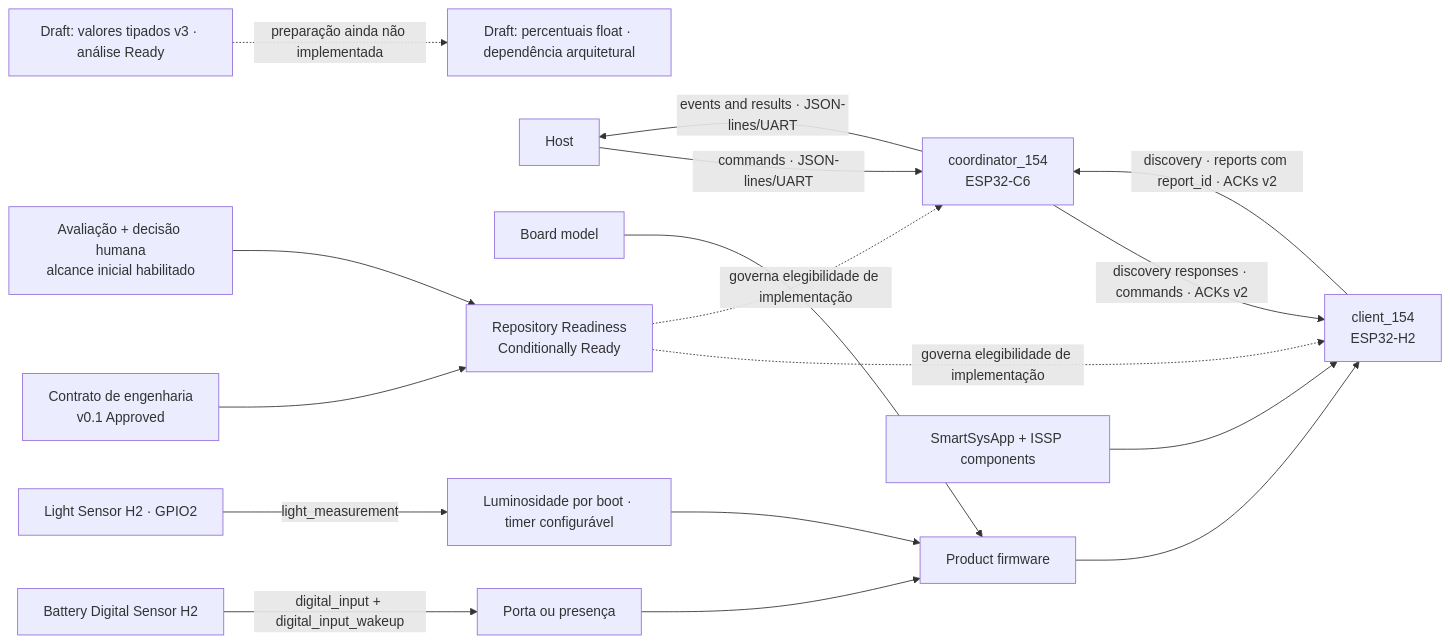
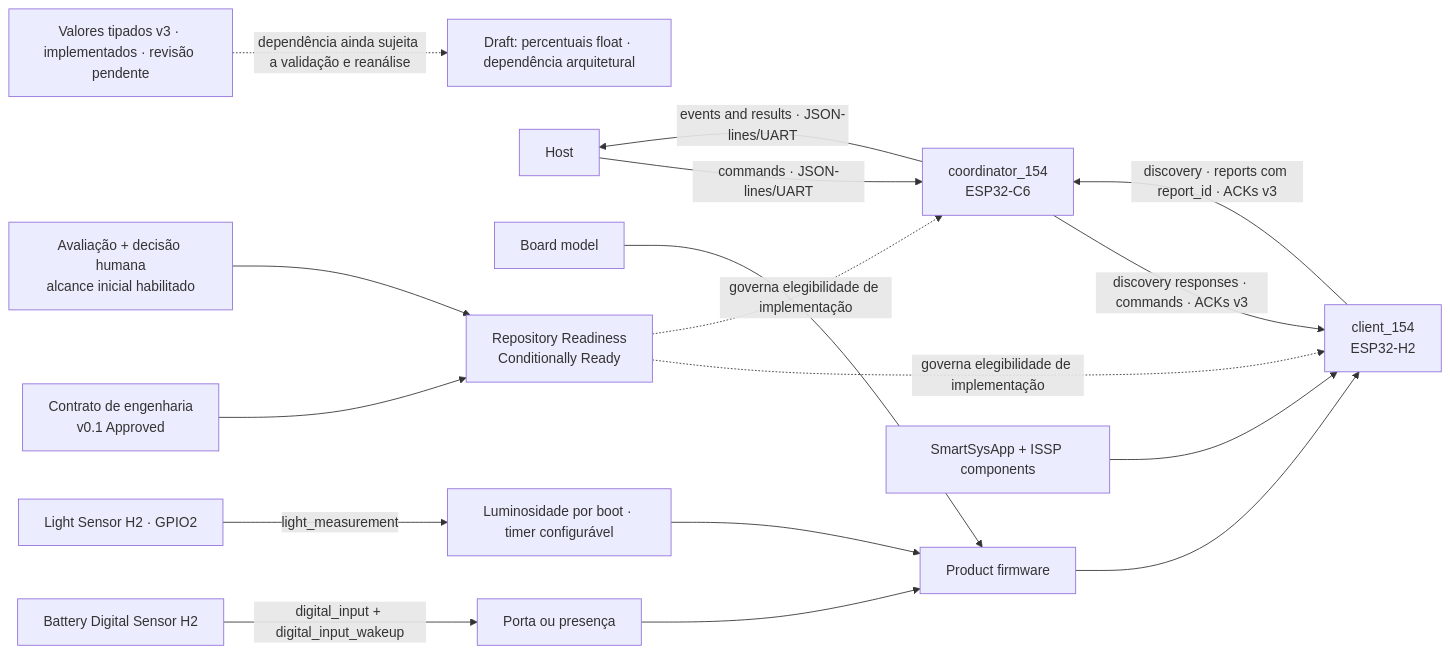
Before and after one commit to iotsmartsys/IoTSmartLink15.4: the diagram in docs/rfc/KNOWLEDGE-MAP.md, drawn with Mermaid. The commit also changed other lines of this file and 31 other files, not shown here.

Commit message:
feat: implement typed Int32 and Float32 ISSP v3 reports

````diff
--- a/docs/rfc/KNOWLEDGE-MAP.md
+++ b/docs/rfc/KNOWLEDGE-MAP.md
@@ -112,19 +112,19 @@
 ```mermaid
 flowchart LR
-    TypedDraft["Draft: valores tipados v3 · análise Ready"] -.->|"preparação ainda não implementada"| FractionDraft["Draft: percentuais float · dependência arquitetural"]
+    TypedDraft["Valores tipados v3 · implementados · revisão pendente"] -.->|"dependência ainda sujeita a validação e reanálise"| FractionDraft["Draft: percentuais float · dependência arquitetural"]
     Host["Host"] -->|"commands · JSON-lines/UART"| Coordinator["coordinator_154<br/>ESP32-C6"]
     Coordinator -->|"events and results · JSON-lines/UART"| Host
-    Coordinator -->|"discovery responses · commands · ACKs v2"| Client["client_154<br/>ESP32-H2"]
-    Client -->|"discovery · reports com report_id · ACKs v2"| Coordinator
+    Coordinator -->|"discovery responses · commands · ACKs v3"| Client["client_154<br/>ESP32-H2"]
+    Client -->|"discovery · reports com report_id · ACKs v3"| Coordinator
     Product["Product firmware"] --> Client
     Board["Board model"] --> Product
     DigitalBoard["Battery Digital Sensor H2"] -->|"digital_input + digital_input_wakeup"| BatteryProducts["Porta ou presença"]
     BatteryProducts --> Product
     LightBoard["Light Sensor H2 · GPIO2"] -->|"light_measurement"| LightProduct["Luminosidade por boot · timer configurável"]
     LightProduct --> Product
     Shared["SmartSysApp + ISSP components"] --> Client
     Contract["Contrato de engenharia<br/>v0.1 Approved"] --> Qualification["Repository Readiness<br/>Conditionally Ready"]
     Assessment["Avaliação + decisão humana<br/>alcance inicial habilitado"] --> Qualification
     Qualification -.->|"governa elegibilidade de implementação"| Client
     Qualification -.->|"governa elegibilidade de implementação"| Coordinator
 ```
````
